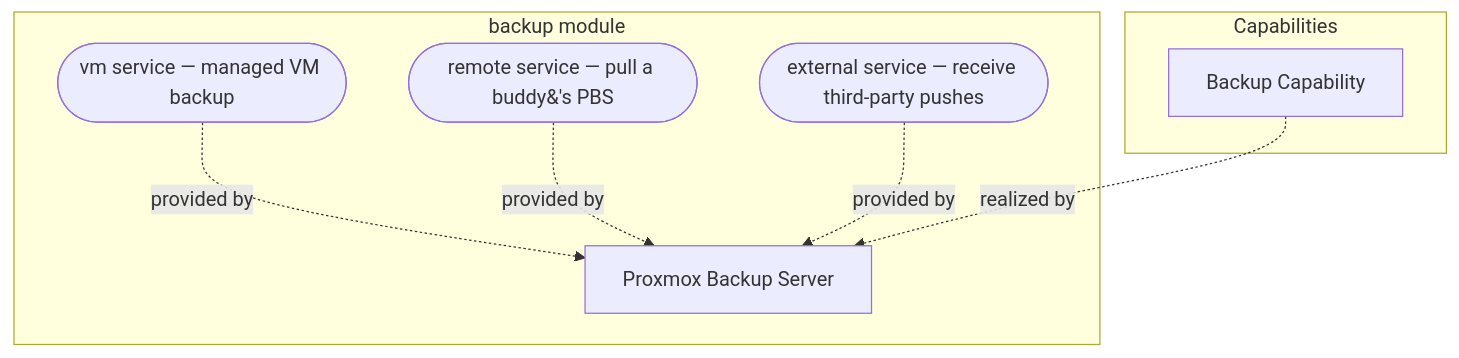
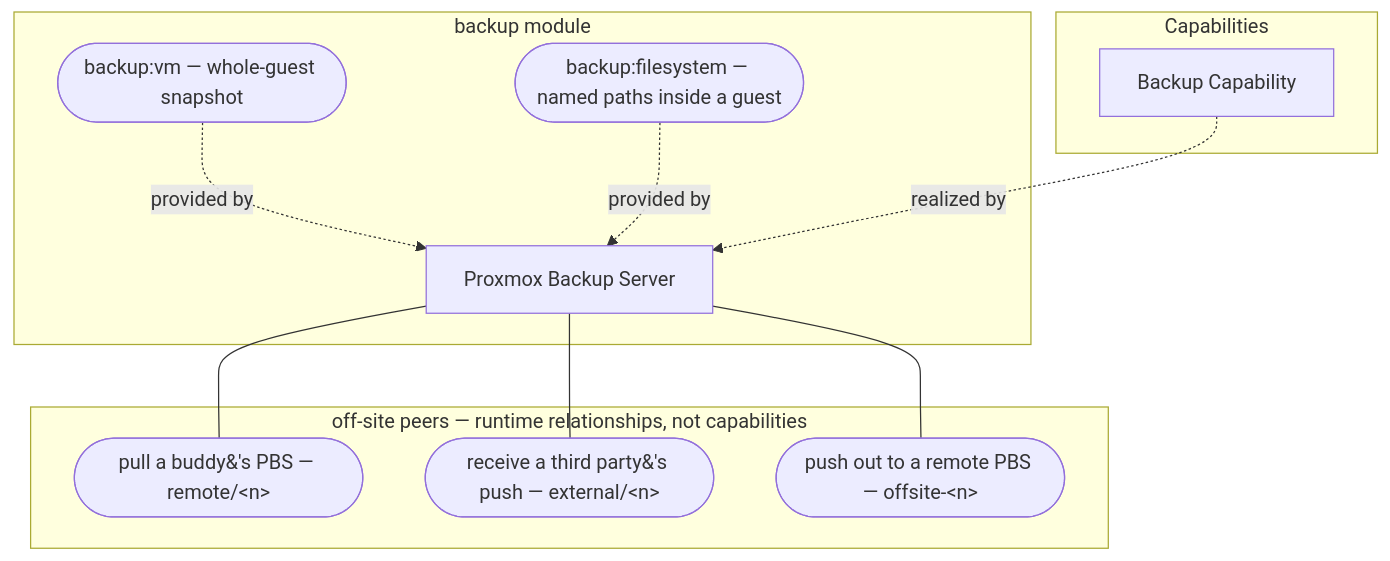
Before and after one commit to TAPPaaS/TAPPaaS: the diagram in src/foundation/backup/README.md, drawn with Mermaid. The commit also changed other lines of this file and 23 other files, not shown here.

````diff
--- a/src/foundation/backup/README.md
+++ b/src/foundation/backup/README.md
@@ -36,18 +35,25 @@
 ```mermaid
 flowchart TB
     subgraph Capabilities
         BackupCap[Backup Capability]
     end
 
     subgraph BackupModule["backup module"]
         PBS[Proxmox Backup Server]
-        VMBackupService(["vm service — managed VM backup"])
-        RemoteService(["remote service — pull a buddy&#39;s PBS"])
-        ExternalService(["external service — receive third-party pushes"])
-        VMBackupService -.->|provided by| PBS
-        RemoteService -.->|provided by| PBS
-        ExternalService -.->|provided by| PBS
+        VMService(["backup:vm — whole-guest snapshot"])
+        FSService(["backup:filesystem — named paths inside a guest"])
+        VMService -.->|provided by| PBS
+        FSService -.->|provided by| PBS
+    end
+
+    subgraph Peers["off-site peers — runtime relationships, not capabilities"]
+        Pull(["pull a buddy&#39;s PBS — remote/&lt;n&gt;"])
+        Receive(["receive a third party&#39;s push — external/&lt;n&gt;"])
+        Send(["push out to a remote PBS — offsite-&lt;n&gt;"])
     end
 
     BackupCap -.->|realized by| PBS
+    PBS --- Pull
+    PBS --- Receive
+    PBS --- Send
 ```
````
